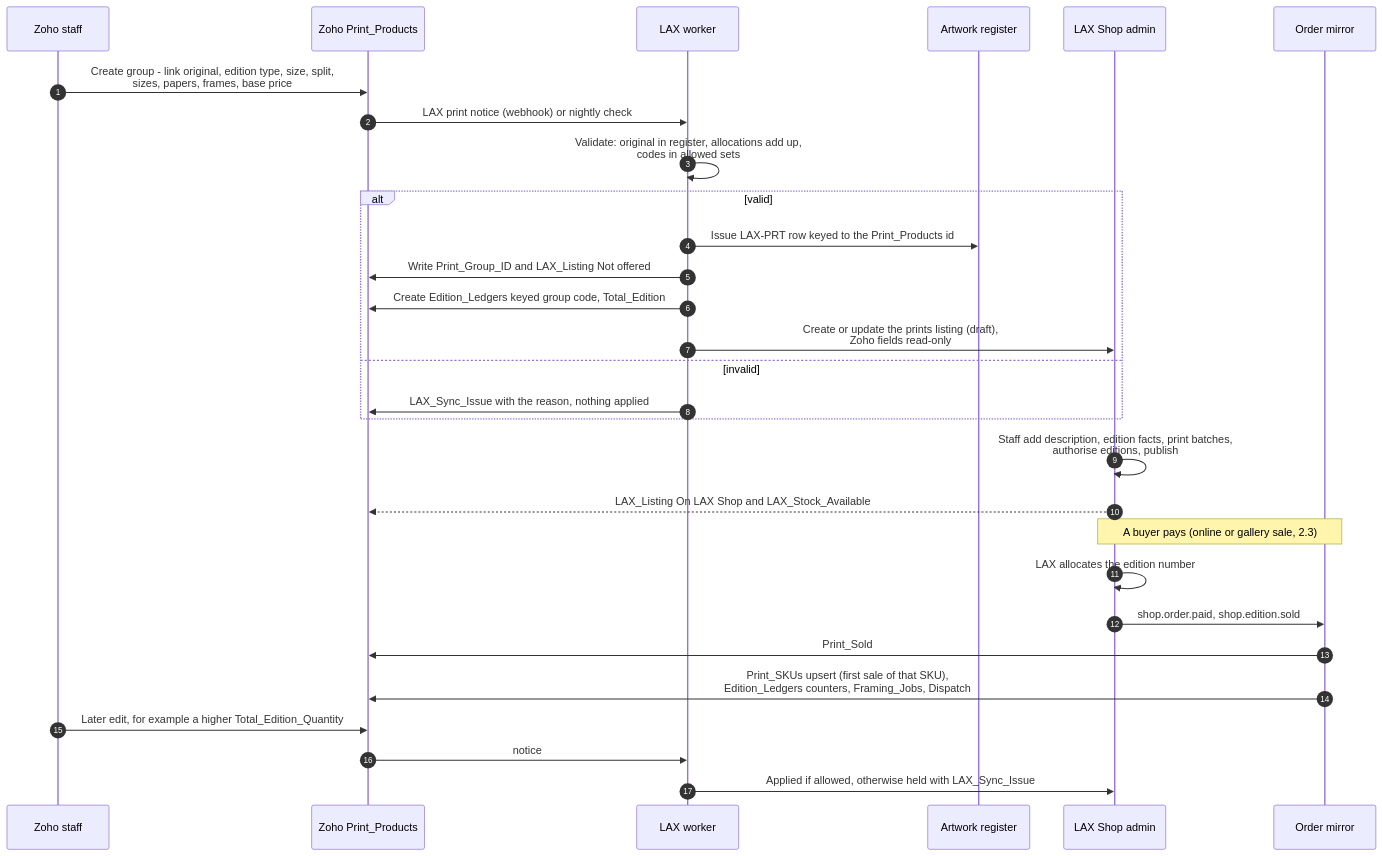
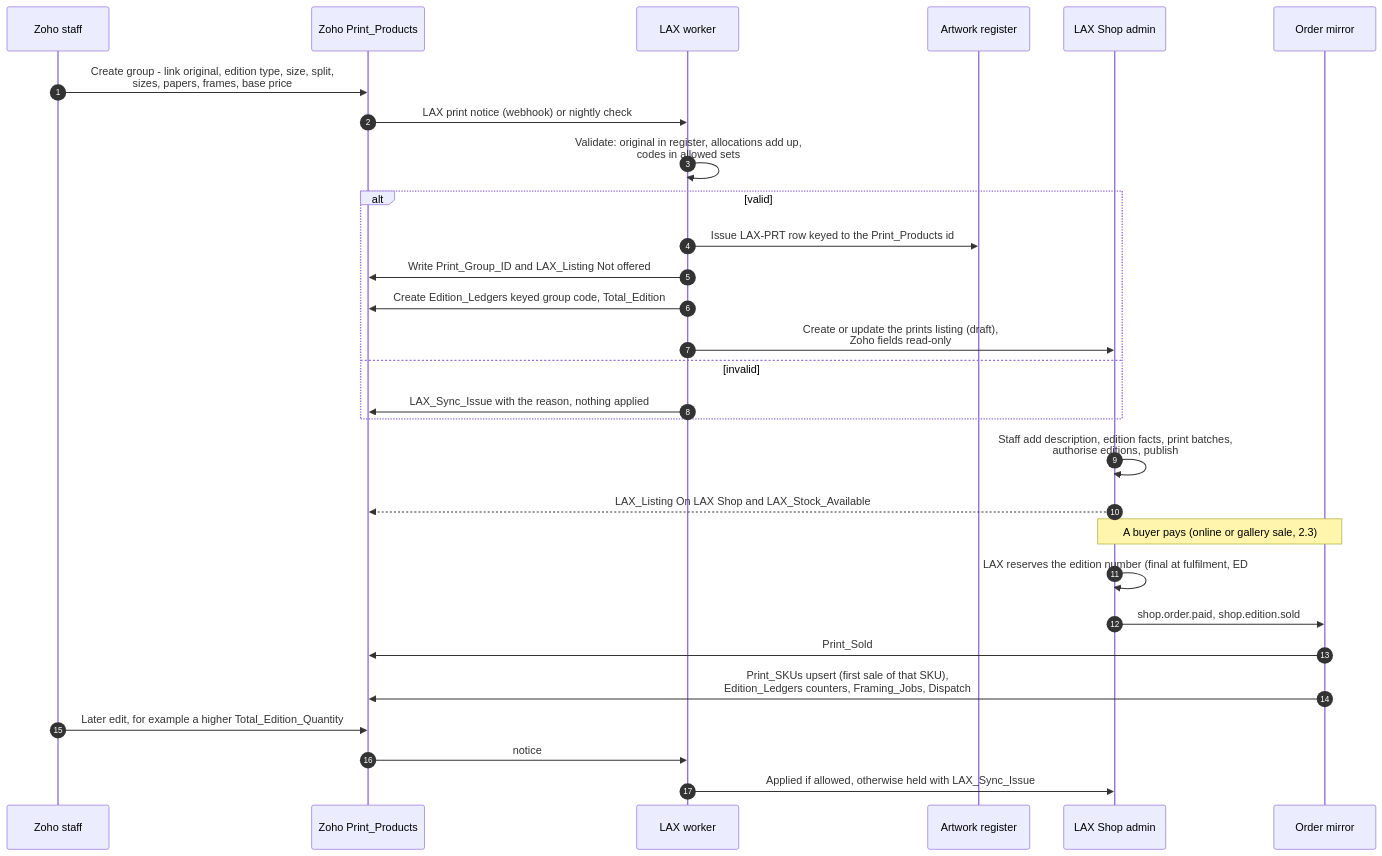
The second of 4 diagrams in docs/design/zoho-catalogue-master.md (LAX-UK/monorepo), drawn with Mermaid before and after one commit. The commit also changed other lines of this file, not shown here.

````diff
--- a/docs/design/zoho-catalogue-master.md
+++ b/docs/design/zoho-catalogue-master.md
@@ -200,32 +205,32 @@
 ```mermaid
 sequenceDiagram
     autonumber
     participant Z as Zoho staff
     participant ZC as Zoho Print_Products
     participant W as LAX worker
     participant R as Artwork register
     participant S as LAX Shop admin
     participant O as Order mirror
 
     Z->>ZC: Create group - link original, edition type, size, split,<br/>sizes, papers, frames, base price
     ZC->>W: LAX print notice (webhook) or nightly check
     W->>W: Validate: original in register, allocations add up,<br/>codes in allowed sets
     alt valid
         W->>R: Issue LAX-PRT row keyed to the Print_Products id
         W->>ZC: Write Print_Group_ID and LAX_Listing Not offered
         W->>ZC: Create Edition_Ledgers keyed group code, Total_Edition
         W->>S: Create or update the prints listing (draft),<br/>Zoho fields read-only
     else invalid
         W->>ZC: LAX_Sync_Issue with the reason, nothing applied
     end
     S->>S: Staff add description, edition facts, print batches,<br/>authorise editions, publish
     S-->>ZC: LAX_Listing On LAX Shop and LAX_Stock_Available
     Note over S,O: A buyer pays (online or gallery sale, 2.3)
-    S->>S: LAX allocates the edition number
+    S->>S: LAX reserves the edition number (final at fulfilment, ED ##/TOTAL)
     S->>O: shop.order.paid, shop.edition.sold
     O->>ZC: Print_Sold
     O->>ZC: Print_SKUs upsert (first sale of that SKU),<br/>Edition_Ledgers counters, Framing_Jobs, Dispatch
     Z->>ZC: Later edit, for example a higher Total_Edition_Quantity
     ZC->>W: notice
     W->>S: Applied if allowed, otherwise held with LAX_Sync_Issue
 ```
````
